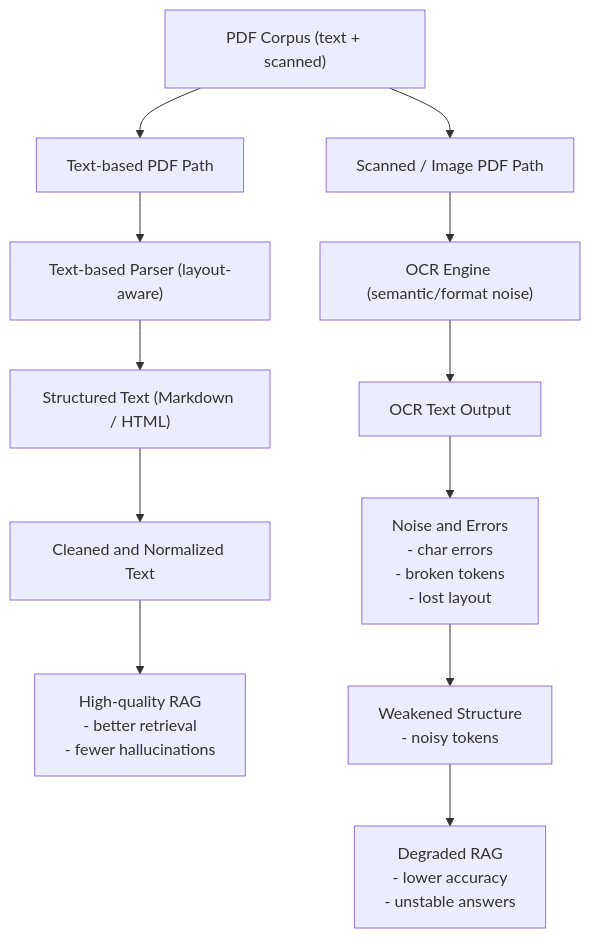
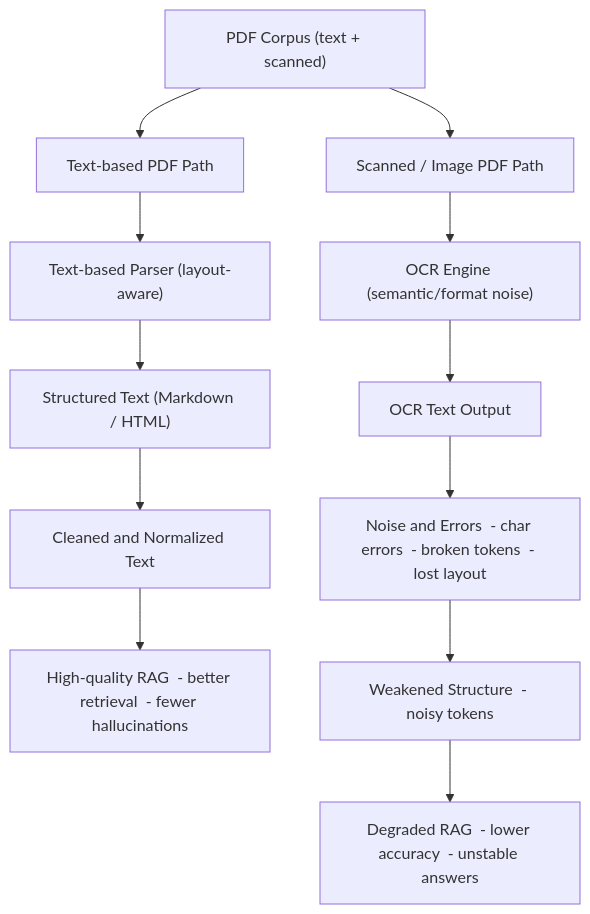
Before and after one commit to CagriCatik/RagSmith: the seventh of 9 diagrams in WHY.md, drawn with Mermaid. The commit also changed other lines of this file and 34 other files, not shown here.

````diff
--- a/WHY.md
+++ b/WHY.md
@@ -349,28 +481,28 @@
 ```mermaid
 flowchart TD
 
     RAWPDF["PDF Corpus (text + scanned)"]
 
     PATH_TEXT["Text-based PDF Path"]
     PATH_SCAN["Scanned / Image PDF Path"]
 
     RAWPDF --> PATH_TEXT
     RAWPDF --> PATH_SCAN
 
     TEXT_PARSER["Text-based Parser (layout-aware)"]
     STRUCT_TEXT["Structured Text (Markdown / HTML)"]
     CLEAN_TEXT["Cleaned and Normalized Text"]
-    GOOD_RAG["High-quality RAG\n- better retrieval\n- fewer hallucinations"]
+    GOOD_RAG["High-quality RAG  - better retrieval  - fewer hallucinations"]
 
     PATH_TEXT --> TEXT_PARSER --> STRUCT_TEXT --> CLEAN_TEXT --> GOOD_RAG
 
     OCR["OCR Engine (semantic/format noise)"]
     OCR_TEXT["OCR Text Output"]
-    OCR_NOISE["Noise and Errors\n- char errors\n- broken tokens\n- lost layout"]
-    BAD_STRUCT["Weakened Structure\n- noisy tokens"]
-    DEGRADED_RAG["Degraded RAG\n- lower accuracy\n- unstable answers"]
+    OCR_NOISE["Noise and Errors  - char errors  - broken tokens  - lost layout"]
+    BAD_STRUCT["Weakened Structure  - noisy tokens"]
+    DEGRADED_RAG["Degraded RAG  - lower accuracy  - unstable answers"]
 
     PATH_SCAN --> OCR --> OCR_TEXT --> OCR_NOISE --> BAD_STRUCT --> DEGRADED_RAG
 
 
 ```
````
